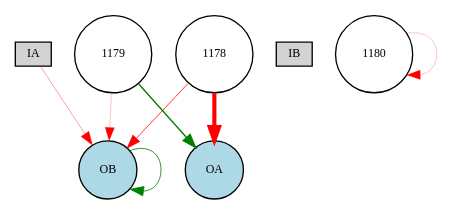
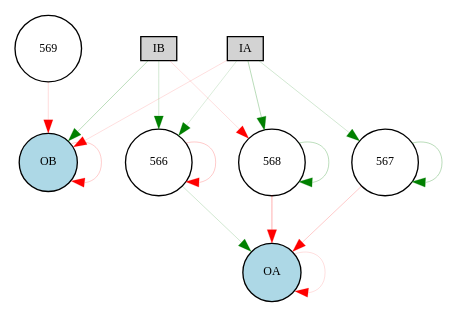
Before and after one commit to danxan/neuromorphic-evolution: the diagram in source/cont_exp/Digraph.gv, drawn with Graphviz. The commit also changed 7 other files, not shown here.

```diff
--- a/source/cont_exp/Digraph.gv
+++ b/source/cont_exp/Digraph.gv
@@ -1,16 +1,27 @@
 digraph {
 	node [fontsize=9 height=0.2 shape=circle width=0.2]
 	IA [fillcolor=lightgray shape=box style=filled]
 	IB [fillcolor=lightgray shape=box style=filled]
 	OA [fillcolor=lightblue style=filled]
 	OB [fillcolor=lightblue style=filled]
-	1178 [fillcolor=white style=filled]
-	1179 [fillcolor=white style=filled]
-	1178 -> OA [color=red penwidth=3.1 style=solid]
-	1178 -> OB [color=red penwidth=0.6036924674461743 style=solid]
-	1179 -> OA [color=green penwidth=1.0239590617261605 style=solid]
-	1179 -> OB [color=red penwidth=0.1938425891929179 style=solid]
-	IA -> OB [color=red penwidth=0.28248702485303157 style=solid]
-	OB -> OB [color=green penwidth=0.6053018794588056 style=solid]
-	1180 -> 1180 [color=red penwidth=0.17183624102608847 style=solid]
+	567 [fillcolor=white style=filled]
+	566 [fillcolor=white style=filled]
+	568 [fillcolor=white style=filled]
+	569 [fillcolor=white style=filled]
+	IA -> 566 [color=green penwidth=0.10758021104147313 style=solid]
+	IA -> 567 [color=green penwidth=0.13979780794628682 style=solid]
+	IA -> 568 [color=green penwidth=0.20947872021388858 style=solid]
+	IB -> 566 [color=green penwidth=0.14438491158485345 style=solid]
+	IB -> 568 [color=red penwidth=0.1 style=solid]
+	566 -> OA [color=green penwidth=0.13617014617993772 style=solid]
+	567 -> OA [color=red penwidth=0.15886893128830057 style=solid]
+	568 -> OA [color=red penwidth=0.24281406951038367 style=solid]
+	569 -> OB [color=red penwidth=0.10693936992264687 style=solid]
+	IA -> OB [color=red penwidth=0.1 style=solid]
+	IB -> OB [color=green penwidth=0.20232821265517922 style=solid]
+	OA -> OA [color=red penwidth=0.1 style=solid]
+	OB -> OB [color=red penwidth=0.1464077206488203 style=solid]
+	566 -> 566 [color=red penwidth=0.15942393109751912 style=solid]
+	567 -> 567 [color=green penwidth=0.20558002013945853 style=solid]
+	568 -> 568 [color=green penwidth=0.2035938030229557 style=solid]
 }
```
